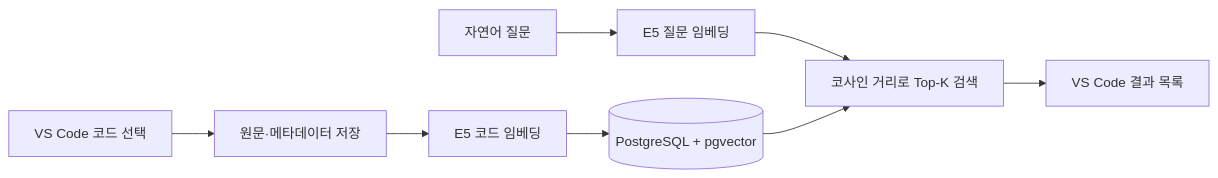
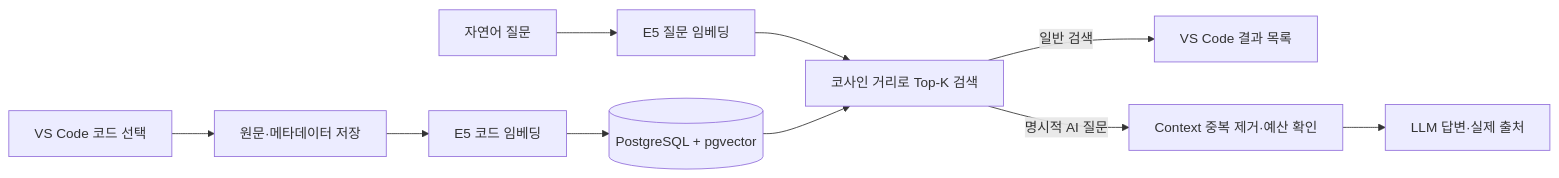
Before and after one commit to GlancingMonkey/dev-memory-: the diagram in README.md, drawn with Mermaid. The commit also changed other lines of this file and 145 other files, not shown here.

````diff
--- a/README.md
+++ b/README.md
@@ -29,10 +30,12 @@
 ```mermaid
 flowchart LR
     A[VS Code 코드 선택] --> B[원문·메타데이터 저장]
     B --> C[E5 코드 임베딩]
     C --> D[(PostgreSQL + pgvector)]
     Q[자연어 질문] --> E[E5 질문 임베딩]
     E --> F[코사인 거리로 Top-K 검색]
     D --> F
-    F --> G[VS Code 결과 목록]
+    F -->|일반 검색| G[VS Code 결과 목록]
+    F -->|명시적 AI 질문| H[Context 중복 제거·예산 확인]
+    H --> I[LLM 답변·실제 출처]
 ```
````
